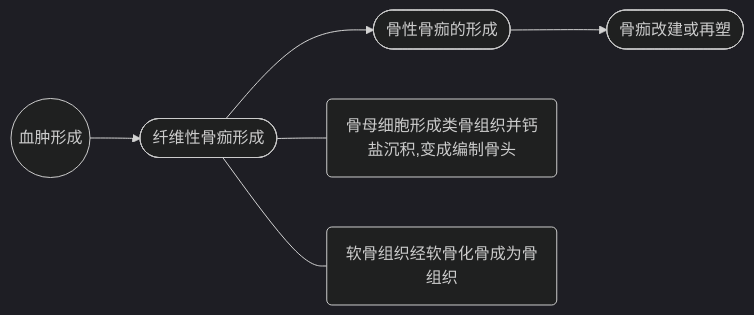
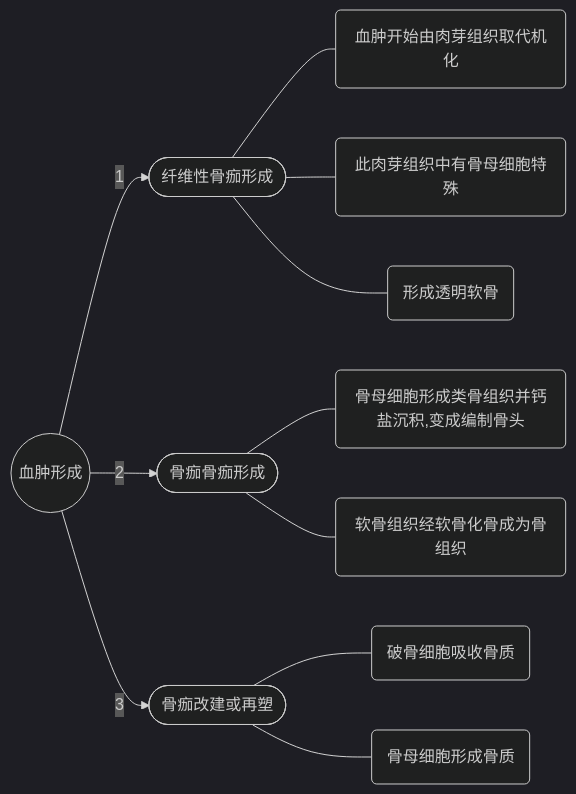
Before and after one commit to JeffeyChou/glossary: the diagram in private/01-Diary/本周事务/病理学.md, drawn with Mermaid (dark theme). The commit also changed other lines of this file and 18 other files, not shown here.

````diff
--- a/private/01-Diary/本周事务/病理学.md
+++ b/private/01-Diary/本周事务/病理学.md
@@ -182,7 +185,13 @@
 ```mermaid
 graph LR
-id1((血肿形成))-->id2([纤维性骨痂形成])-->id3([骨性骨痂的形成])-->id4([骨痂改建或再塑])
-id2([纤维性骨痂形成])---id21(骨母细胞形成类骨组织并钙盐沉积,变成编制骨头)
-id2([纤维性骨痂形成])---id22(软骨组织经软骨化骨成为骨组织)
-
+id1((血肿形成))-->|1|id2([纤维性骨痂形成])
+id1((血肿形成))-->|2|id3([骨性骨痂的形成])
+id1((血肿形成))-->|3|id4([骨痂改建或再塑])
+id2([纤维性骨痂形成])---id11(血肿开始由肉芽组织取代机化)
+id2([纤维性骨痂形成])---id12(此肉芽组织中有骨母细胞特殊)
+id2([纤维性骨痂形成])---id13(形成透明软骨)
+id3([骨痂骨痂形成])---id21(骨母细胞形成类骨组织并钙盐沉积,变成编制骨头)
+id3([骨痂骨痂形成])---id22(软骨组织经软骨化骨成为骨组织)
+id4([骨痂改建或再塑])---id31(破骨细胞吸收骨质)
+id4([骨痂改建或再塑])---id32(骨母细胞形成骨质)
 ```
````
